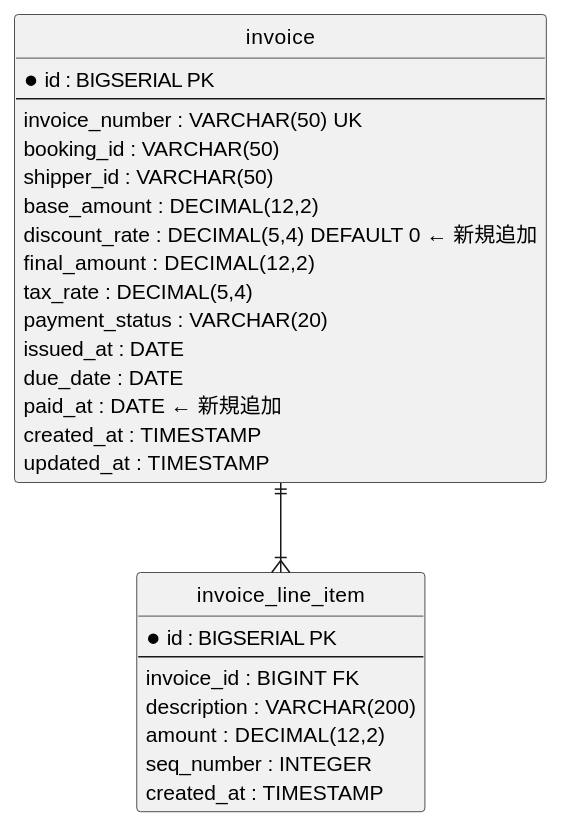
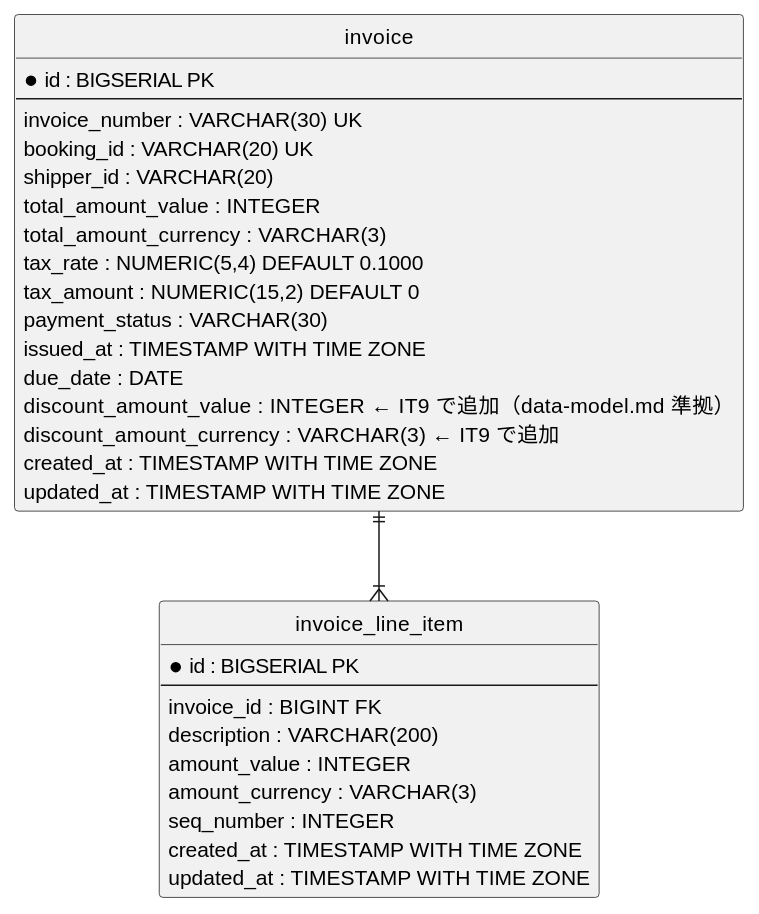
The fourth of 8 diagrams in docs/development/iteration_plan-9.md (k2works/case-study-cargo-tracker), drawn with PlantUML before and after one commit. The commit also changed other lines of this file, not shown here.

````diff
--- a/docs/development/iteration_plan-9.md
+++ b/docs/development/iteration_plan-9.md
@@ -280,36 +281,42 @@
 ```plantuml
 @startuml
 hide circle
 skinparam linetype ortho
 
 entity "invoice" as inv {
   *id : BIGSERIAL PK
   --
-  invoice_number : VARCHAR(50) UK
-  booking_id : VARCHAR(50)
-  shipper_id : VARCHAR(50)
-  base_amount : DECIMAL(12,2)
-  discount_rate : DECIMAL(5,4) DEFAULT 0  ← 新規追加
-  final_amount : DECIMAL(12,2)
-  tax_rate : DECIMAL(5,4)
-  payment_status : VARCHAR(20)
-  issued_at : DATE
+  invoice_number : VARCHAR(30) UK
+  booking_id : VARCHAR(20) UK
+  shipper_id : VARCHAR(20)
+  total_amount_value : INTEGER
+  total_amount_currency : VARCHAR(3)
+  tax_rate : NUMERIC(5,4) DEFAULT 0.1000
+  tax_amount : NUMERIC(15,2) DEFAULT 0
+  payment_status : VARCHAR(30)
+  issued_at : TIMESTAMP WITH TIME ZONE
   due_date : DATE
-  paid_at : DATE  ← 新規追加
-  created_at : TIMESTAMP
-  updated_at : TIMESTAMP
+  discount_amount_value : INTEGER  ← IT9 で追加（data-model.md 準拠）
+  discount_amount_currency : VARCHAR(3)  ← IT9 で追加
+  created_at : TIMESTAMP WITH TIME ZONE
+  updated_at : TIMESTAMP WITH TIME ZONE
 }
+
+' 注: paid_at は data-model.md では別テーブル payment に存在する。
+' IT9 の精算処理はシンプル化のため invoice.payment_status を PAID に更新する方式を採用。
 
 entity "invoice_line_item" as item {
   *id : BIGSERIAL PK
   --
   invoice_id : BIGINT FK
   description : VARCHAR(200)
-  amount : DECIMAL(12,2)
+  amount_value : INTEGER
+  amount_currency : VARCHAR(3)
   seq_number : INTEGER
-  created_at : TIMESTAMP
+  created_at : TIMESTAMP WITH TIME ZONE
+  updated_at : TIMESTAMP WITH TIME ZONE
 }
 
 inv ||--|{ item
 @enduml
 ```
````
